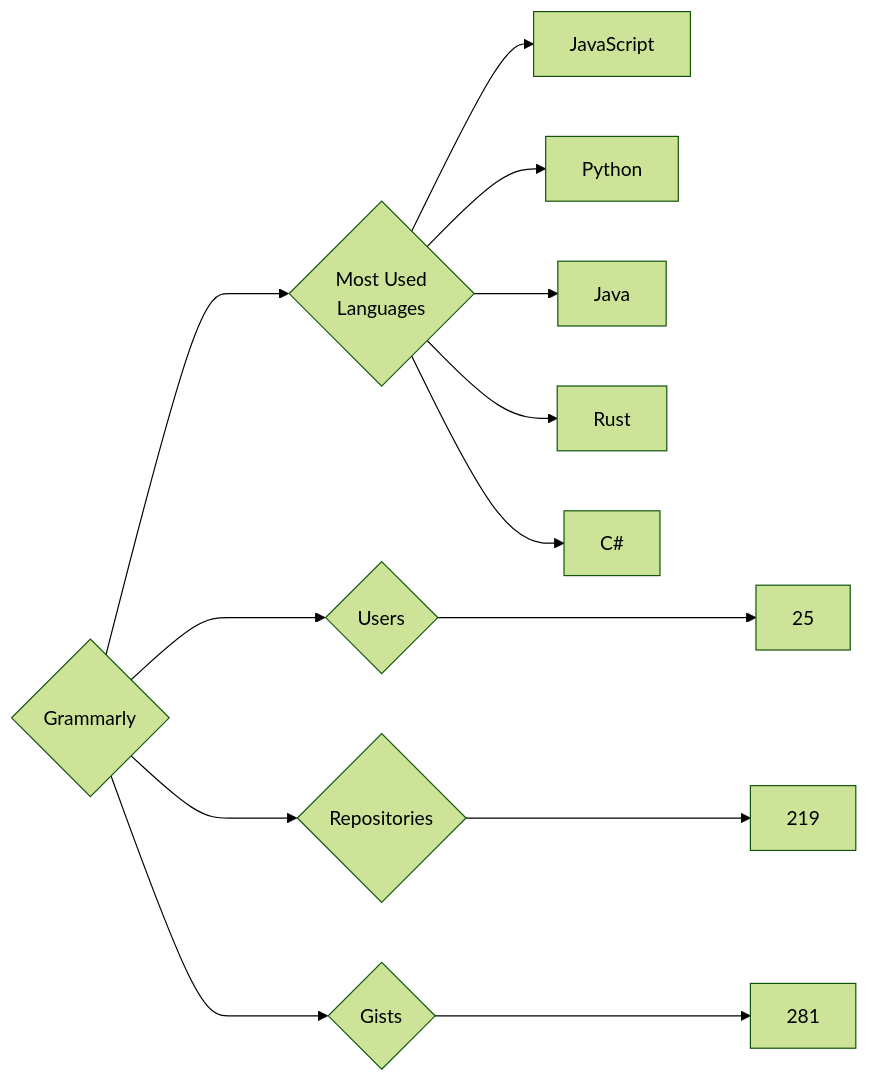
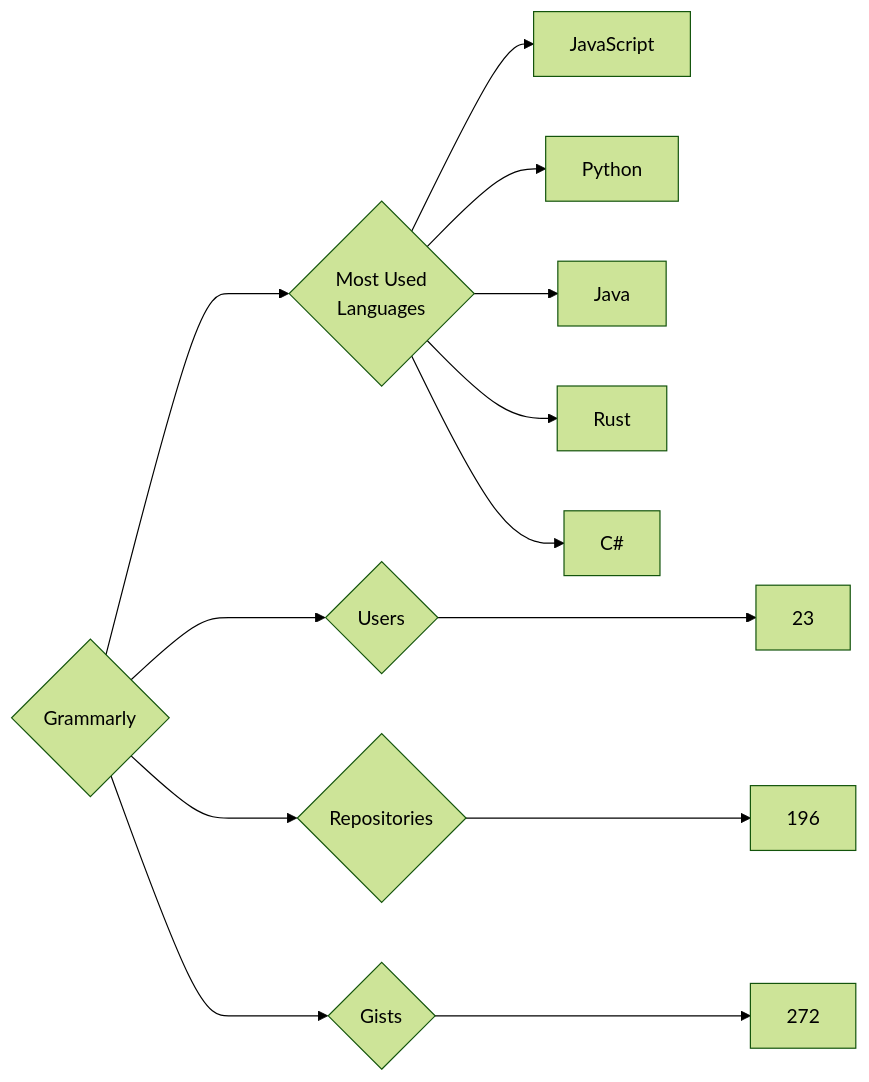
The diagram in targets/Grammarly/README.md (trickest/insiders), drawn with Mermaid (forest theme) before and after one commit. The commit also changed 914 other files, not shown here.

````diff
--- a/targets/Grammarly/README.md
+++ b/targets/Grammarly/README.md
@@ -3,13 +3,13 @@
 ```mermaid
 graph LR
 COMPANY_NAME{Grammarly}
-COMPANY_NAME ---> U{Users} ---> UN[25]
-COMPANY_NAME ---> R{Repositories} ---> RN[219]
-COMPANY_NAME ---> G{Gists} ---> GN[281]
+COMPANY_NAME ---> U{Users} ---> UN[23]
+COMPANY_NAME ---> R{Repositories} ---> RN[196]
+COMPANY_NAME ---> G{Gists} ---> GN[272]
 COMPANY_NAME ---> ML{Most Used<br>Languages}
 ML --> JavaScript[JavaScript]
 ML --> Python[Python]
 ML --> Java[Java]
 ML --> Rust[Rust]
 ML --> C#[C#]
 ```
````
